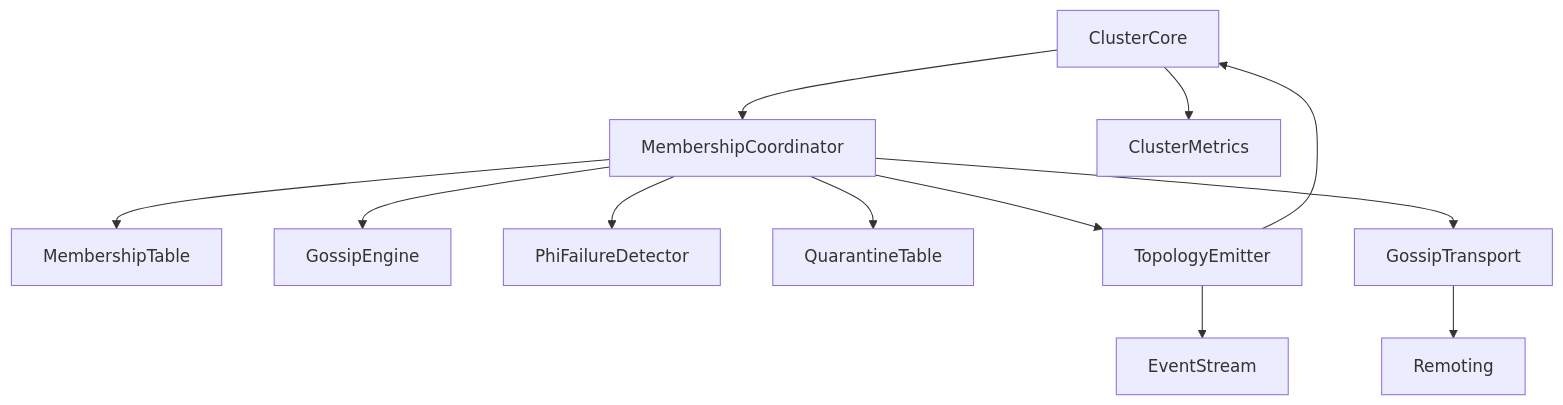
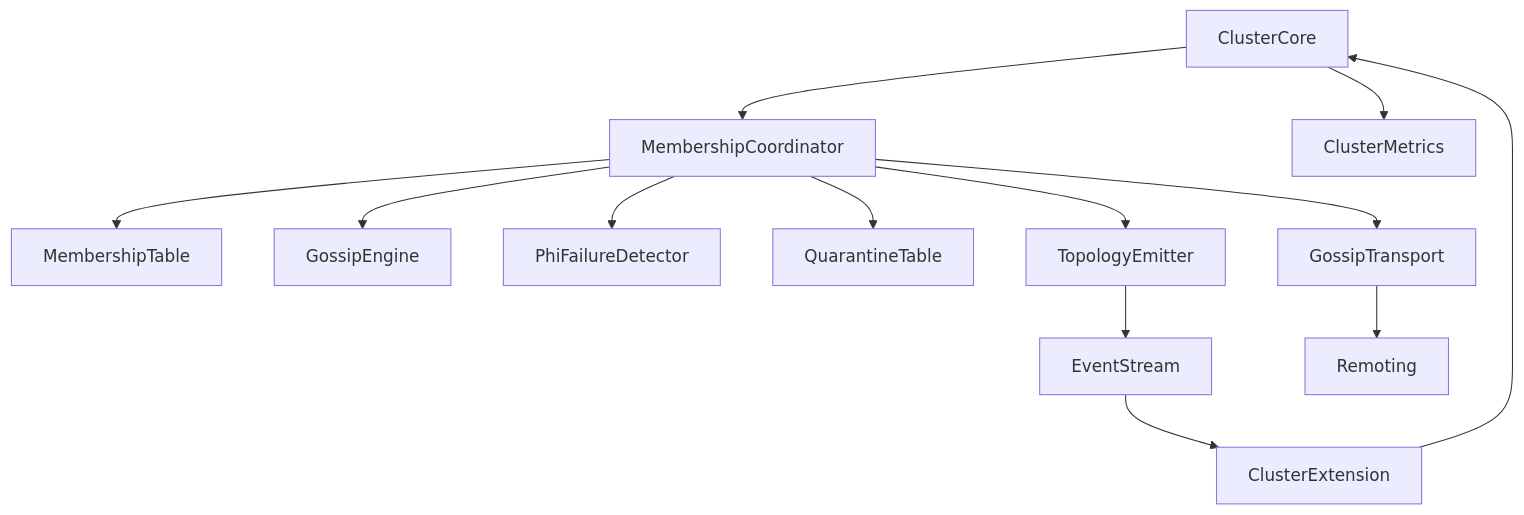
Before and after one commit to j5ik2o/fraktor-rs: the first of 5 diagrams in .kiro/specs/cluster-membership-gossip-topology/design.md, drawn with Mermaid. The commit also changed other lines of this file, not shown here.

Commit message:
feat: update design documentation to clarify ClusterExtension role and event handling

````diff
--- a/.kiro/specs/cluster-membership-gossip-topology/design.md
+++ b/.kiro/specs/cluster-membership-gossip-topology/design.md
@@ -29,14 +31,15 @@
 ```mermaid
 graph TB
   ClusterCore[ClusterCore] --> MembershipCoordinator[MembershipCoordinator]
   MembershipCoordinator --> MembershipTable[MembershipTable]
   MembershipCoordinator --> GossipEngine[GossipEngine]
   MembershipCoordinator --> FailureDetector[PhiFailureDetector]
   MembershipCoordinator --> QuarantineTable[QuarantineTable]
   MembershipCoordinator --> TopologyEmitter[TopologyEmitter]
-  TopologyEmitter --> ClusterCore
   TopologyEmitter --> EventStream[EventStream]
+  EventStream --> ClusterExtension[ClusterExtension]
+  ClusterExtension --> ClusterCore
   MembershipCoordinator --> GossipTransport[GossipTransport]
   GossipTransport --> Remoting[Remoting]
   ClusterCore --> ClusterMetrics[ClusterMetrics]
 ```
````
